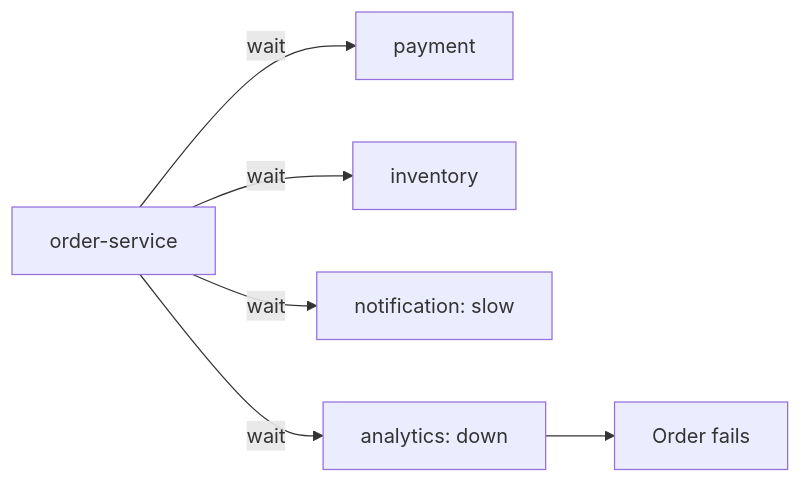
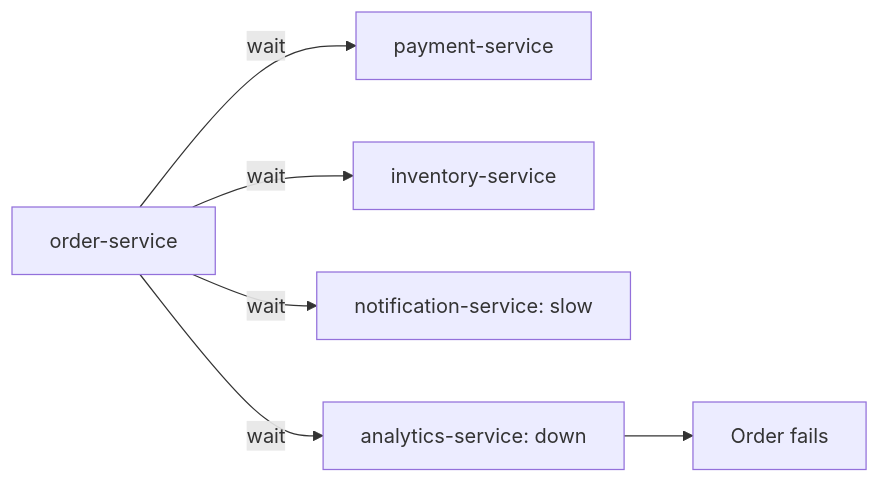
The first of 2 diagrams in notes/02-messaging/01-messaging-overview.md (jubin-techwiz/learning), drawn with Mermaid before and after one commit. The commit also changed other lines of this file and 37 other files, not shown here.

````diff
--- a/notes/02-messaging/01-messaging-overview.md
+++ b/notes/02-messaging/01-messaging-overview.md
@@ -28,8 +62,8 @@
 ```mermaid
 flowchart LR
-    O[order-service] -->|wait| P[payment]
-    O -->|wait| I[inventory]
-    O -->|wait| N[notification: slow]
-    O -->|wait| A[analytics: down]
+    O[order-service] -->|wait| P[payment-service]
+    O -->|wait| I[inventory-service]
+    O -->|wait| N[notification-service: slow]
+    O -->|wait| A[analytics-service: down]
     A --> X[Order fails]
 ```
````
